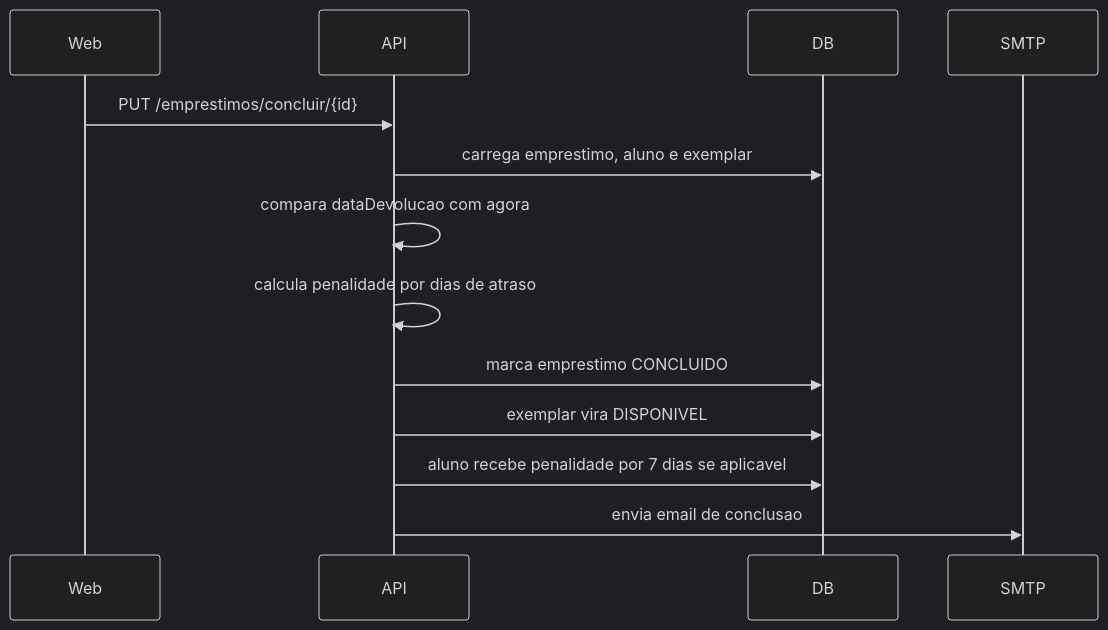
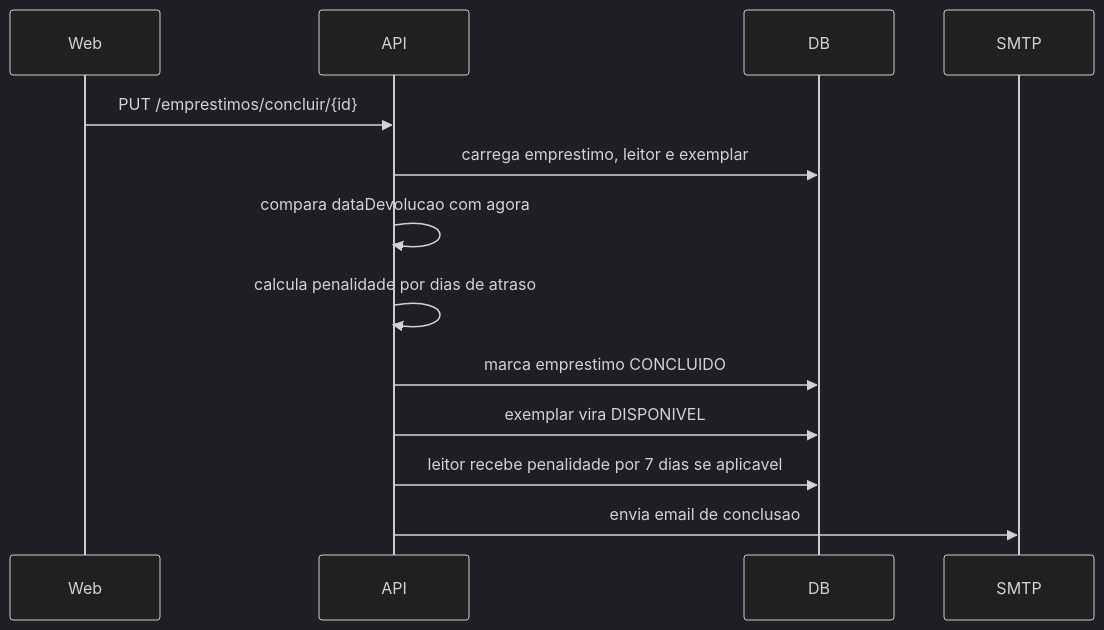
Before and after one commit to n33miaz/lumilivre-api: the fourth of 5 diagrams in docs/lumilivre_context.md, drawn with Mermaid (dark theme). The commit also changed other lines of this file and 171 other files, not shown here.

````diff
--- a/docs/lumilivre_context.md
+++ b/docs/lumilivre_context.md
@@ -213,16 +213,16 @@
 ```mermaid
 sequenceDiagram
     participant Web
     participant API
     participant DB
     participant Mail as SMTP
 
     Web->>API: PUT /emprestimos/concluir/{id}
-    API->>DB: carrega emprestimo, aluno e exemplar
+    API->>DB: carrega emprestimo, leitor e exemplar
     API->>API: compara dataDevolucao com agora
     API->>API: calcula penalidade por dias de atraso
     API->>DB: marca emprestimo CONCLUIDO
     API->>DB: exemplar vira DISPONIVEL
-    API->>DB: aluno recebe penalidade por 7 dias se aplicavel
+    API->>DB: leitor recebe penalidade por 7 dias se aplicavel
     API->>Mail: envia email de conclusao
 ```
````
